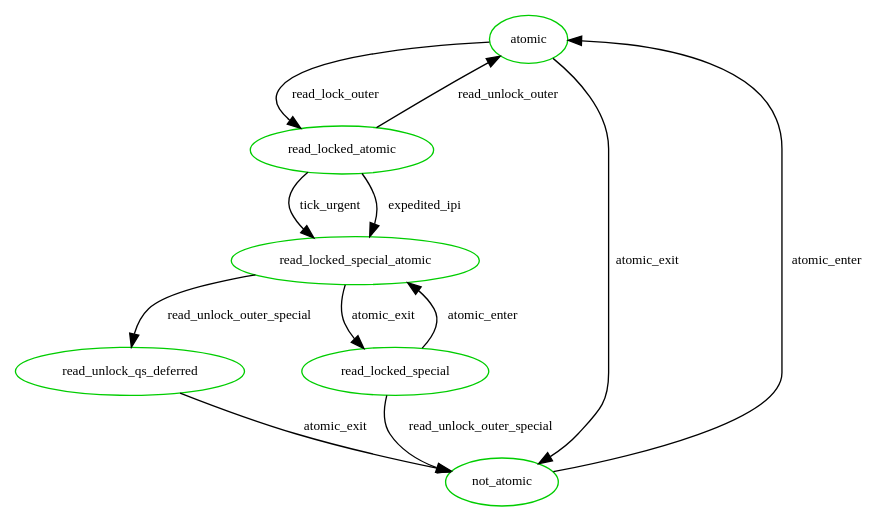
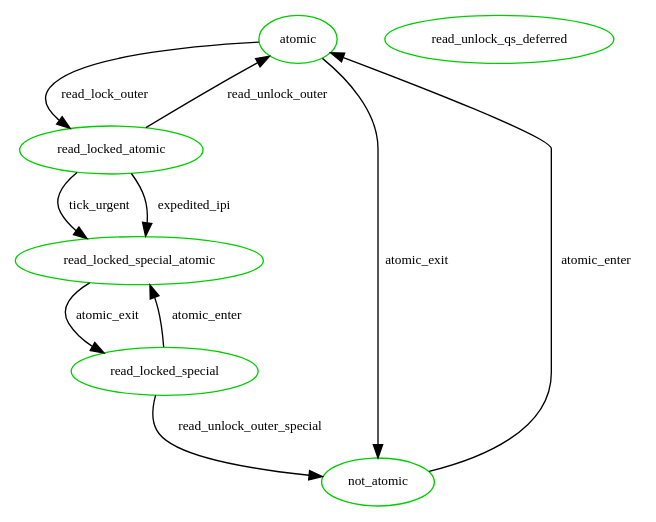
One commit to joelagnel/RCU_Supremica changed the diagram in Dot_Models/defer_atomic_rlock_runlock.dot. Above: the diagram before and after it, drawn with Graphviz. The commit also changed 1 other file, not shown here.

```diff
--- a/Dot_Models/defer_atomic_rlock_runlock.dot
+++ b/Dot_Models/defer_atomic_rlock_runlock.dot
@@ -1,38 +1,39 @@
 digraph state_automaton {
 	center = true;
 	// size = "700,800";
 	nodesep = 0.5;
 	// {node [shape = plaintext, style=invis, label=""] "__init_not_atomic"};
 	node [shape = ellipse, fontsize=10, color = green3];
 	edge [fontsize=10];
 
 	// "__init_not_atomic" -> "not_atomic";
 
 	/* Handling for pirq dis, read-lock, read-unlock, pirq en */
 	"atomic" [label = "atomic"];
 	"read_locked_atomic" [label = "read_locked_atomic"];
 	"read_unlock_qs_deferred" [label = "read_unlock_qs_deferred"];
 
 	"atomic" -> "read_locked_atomic" [ label = "read_lock_outer" ];
 	"read_locked_atomic" -> "atomic" [ label = "read_unlock_outer" ];
 	/* After transition to read_locked_special_atomic,
 	 * everything remains same as defer_rlock_atomic_runlock.dot */
 	"read_locked_atomic" -> "read_locked_special_atomic" [ label = "tick_urgent" ];
 	"read_locked_atomic" -> "read_locked_special_atomic" [ label = "expedited_ipi" ];
 
         "read_locked_special" -> "read_locked_special_atomic" [ label = "atomic_enter" ];
         "read_locked_special_atomic" -> "read_locked_special" [ label = "atomic_exit" ];
 
 	"read_locked_special" -> "not_atomic" [ label = "read_unlock_outer_special" ];
 	"atomic" -> "not_atomic" [ label = "atomic_exit" ];
 	"not_atomic" -> "atomic" [ label = "atomic_enter" ];
 
-	"read_locked_special_atomic" -> "read_unlock_qs_deferred" [ label = "read_unlock_outer_special" ];
-	"read_unlock_qs_deferred" -> "not_atomic" [ label = "atomic_exit" ];
+	// These are not needed as they're already modeled by defer_rlock_atomic_runlock.dot
+	// "read_locked_special_atomic" -> "read_unlock_qs_deferred" [ label = "read_unlock_outer_special" ];
+	// "read_unlock_qs_deferred" -> "not_atomic" [ label = "atomic_exit" ];
 /*
 	{ rank = min ;
 		"__init_not_atomic";
 		"not_atomic";
 	}
 */
 }
```
